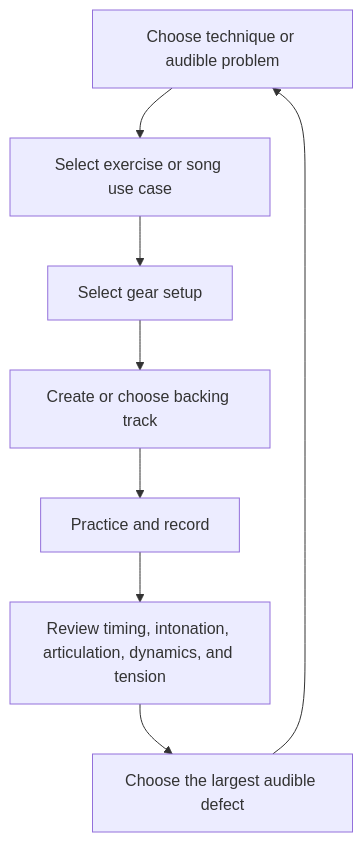
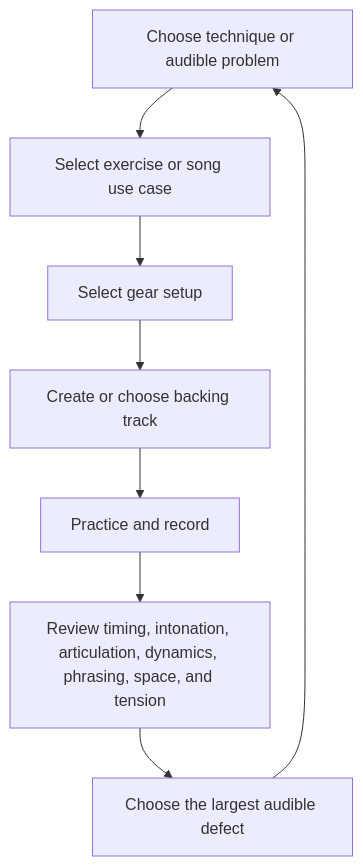
Before and after one commit to ryjen/guitar-practice-system: the second of 2 diagrams in README.md, drawn with Mermaid. The commit also changed other lines of this file, not shown here.

````diff
--- a/README.md
+++ b/README.md
@@ -52,10 +58,10 @@
 ```mermaid
 flowchart TD
     A[Choose technique or audible problem] --> B[Select exercise or song use case]
     B --> C[Select gear setup]
     C --> D[Create or choose backing track]
     D --> E[Practice and record]
-    E --> F[Review timing, intonation, articulation, dynamics, and tension]
+    E --> F[Review timing, intonation, articulation, dynamics, phrasing, space, and tension]
     F --> G[Choose the largest audible defect]
     G --> A
 ```
````
